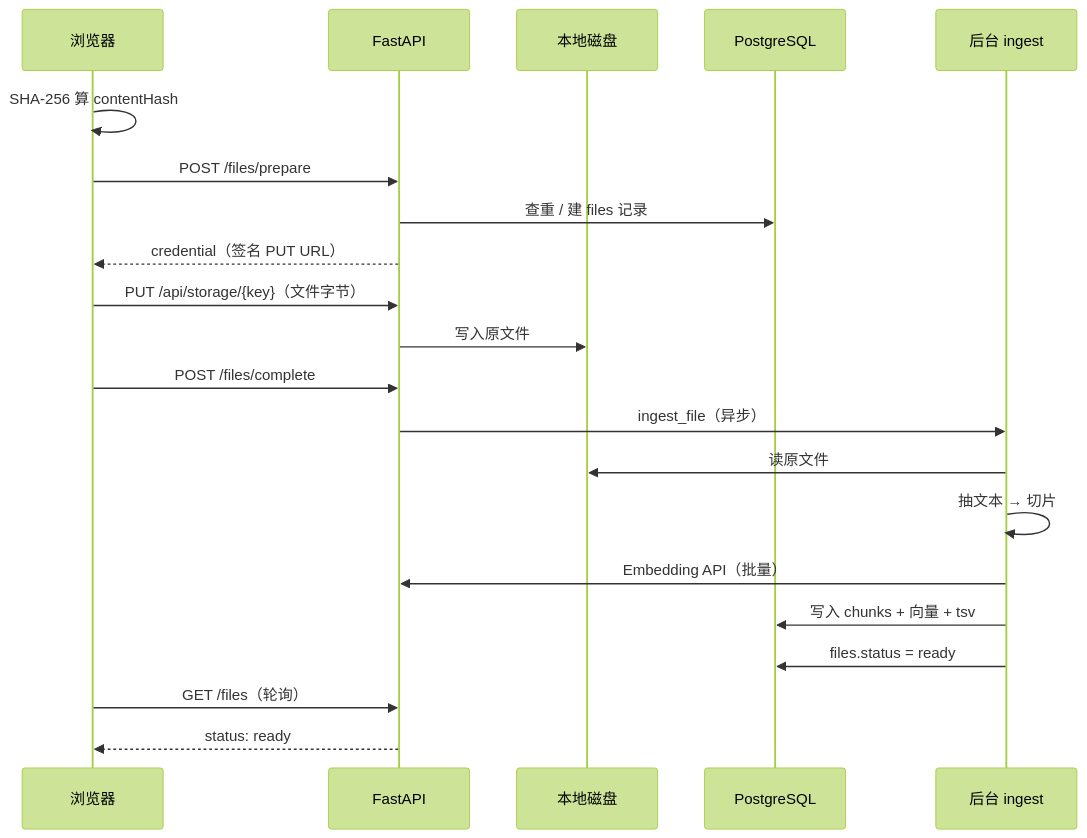
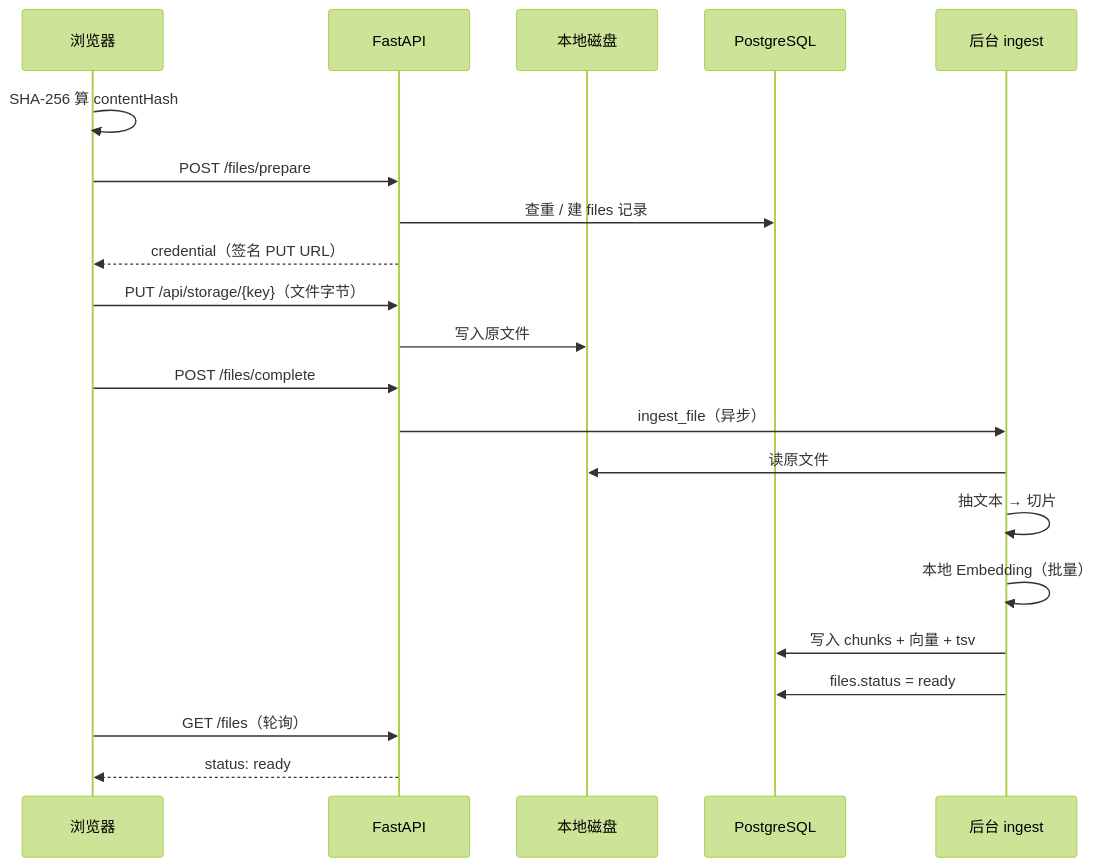
The first of 2 diagrams in docs/implementation/底层实现逻辑.md (willyon/wendu), drawn with Mermaid (forest theme) before and after one commit. The commit also changed other lines of this file and 20 other files, not shown here.

````diff
--- a/docs/implementation/底层实现逻辑.md
+++ b/docs/implementation/底层实现逻辑.md
@@ -102,24 +106,24 @@
 ```mermaid
 sequenceDiagram
     participant U as 浏览器
     participant API as FastAPI
     participant Disk as 本地磁盘
     participant DB as PostgreSQL
     participant BG as 后台 ingest
 
     U->>U: SHA-256 算 contentHash
     U->>API: POST /files/prepare
     API->>DB: 查重 / 建 files 记录
     API-->>U: credential（签名 PUT URL）
     U->>API: PUT /api/storage/{key}（文件字节）
     API->>Disk: 写入原文件
     U->>API: POST /files/complete
     API->>BG: ingest_file（异步）
     BG->>Disk: 读原文件
     BG->>BG: 抽文本 → 切片
-    BG->>API: Embedding API（批量）
+    BG->>BG: 本地 Embedding（批量）
     BG->>DB: 写入 chunks + 向量 + tsv
     BG->>DB: files.status = ready
     U->>API: GET /files（轮询）
     API-->>U: status: ready
 ```
````
